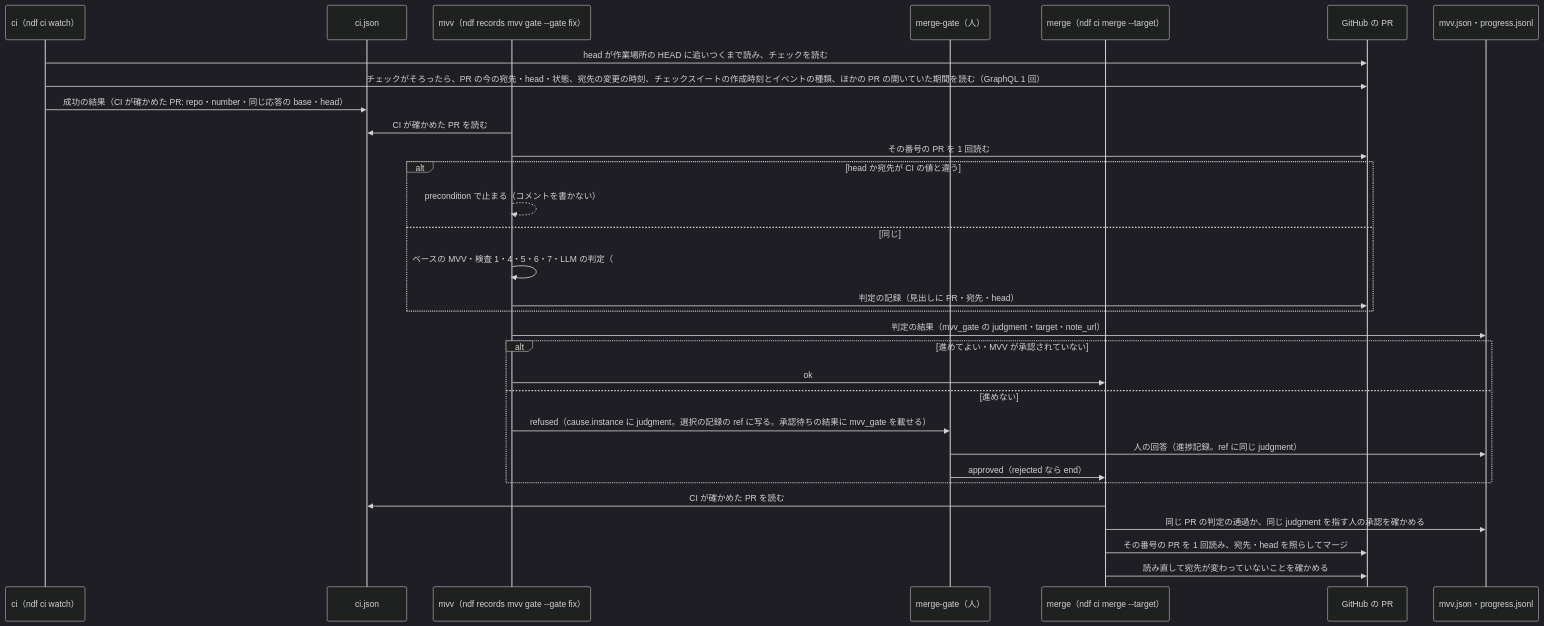
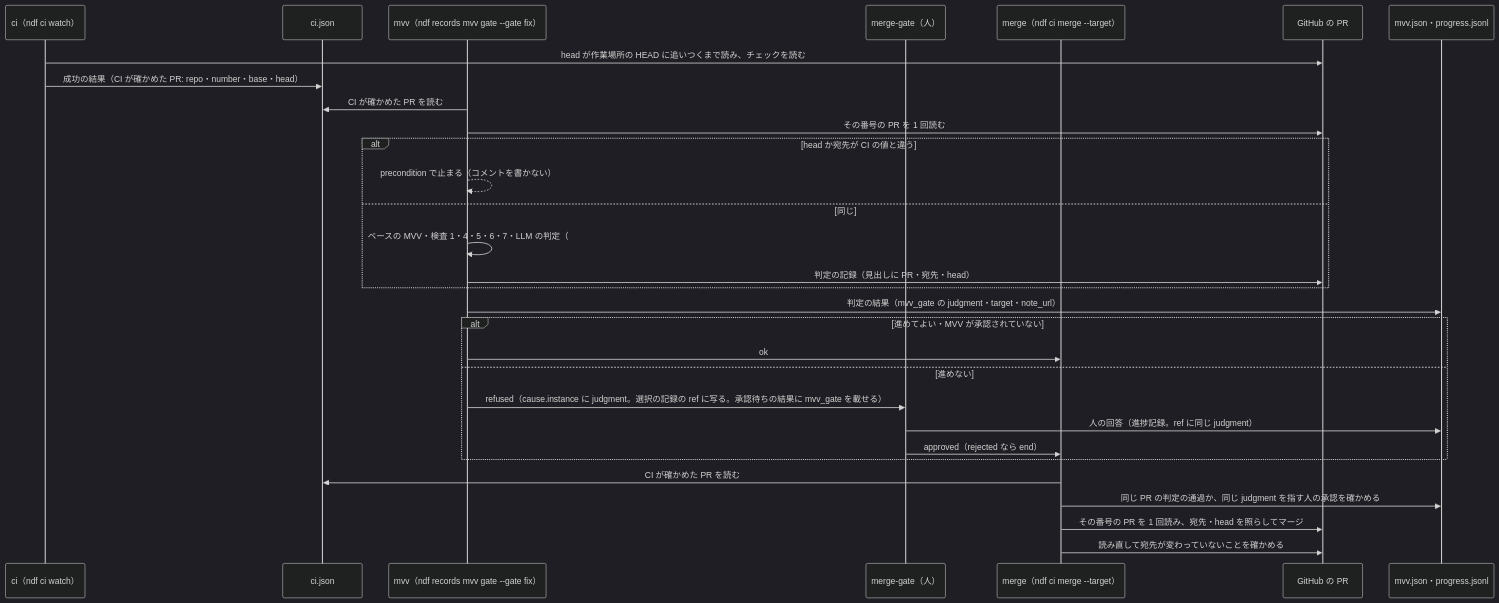
Before and after one commit to devbasex/ai-plugins: the third of 3 diagrams in issues/issue-4104-design.md, drawn with Mermaid (dark theme). The commit also changed other lines of this file and 1 other file, not shown here.

````diff
--- a/issues/issue-4104-design.md
+++ b/issues/issue-4104-design.md
@@ -134,33 +125,32 @@
 ```mermaid
 sequenceDiagram
   participant CI as ci（ndf ci watch）
   participant F as ci.json
   participant G as mvv（ndf records mvv gate --gate fix）
   participant H as merge-gate（人）
   participant M as merge（ndf ci merge --target）
   participant P as GitHub の PR
   participant J as mvv.json・progress.jsonl
   CI->>P: head が作業場所の HEAD に追いつくまで読み、チェックを読む
-  CI->>P: チェックがそろったら、PR の今の宛先・head・状態、宛先の変更の時刻、チェックスイートの作成時刻とイベントの種類、ほかの PR の開いていた期間を読む（GraphQL 1 回）
-  CI->>F: 成功の結果（CI が確かめた PR: repo・number・同じ応答の base・head）
+  CI->>F: 成功の結果（CI が確かめた PR: repo・number・base・head）
   G->>F: CI が確かめた PR を読む
   G->>P: その番号の PR を 1 回読む
   alt head か宛先が CI の値と違う
     G-->>G: precondition で止まる（コメントを書かない）
   else 同じ
     G->>G: ベースの MVV・検査 1・4・5・6・7・LLM の判定（#3959 の手順）
     G->>P: 判定の記録（見出しに PR・宛先・head）
   end
   G->>J: 判定の結果（mvv_gate の judgment・target・note_url）
   alt 進めてよい・MVV が承認されていない
     G->>M: ok
   else 進めない
     G->>H: refused（cause.instance に judgment。選択の記録の ref に写る。承認待ちの結果に mvv_gate を載せる）
     H->>J: 人の回答（進捗記録。ref に同じ judgment）
     H->>M: approved（rejected なら end）
   end
   M->>F: CI が確かめた PR を読む
   M->>J: 同じ PR の判定の通過か、同じ judgment を指す人の承認を確かめる
   M->>P: その番号の PR を 1 回読み、宛先・head を照らしてマージ
   M->>P: 読み直して宛先が変わっていないことを確かめる
 ```
````
